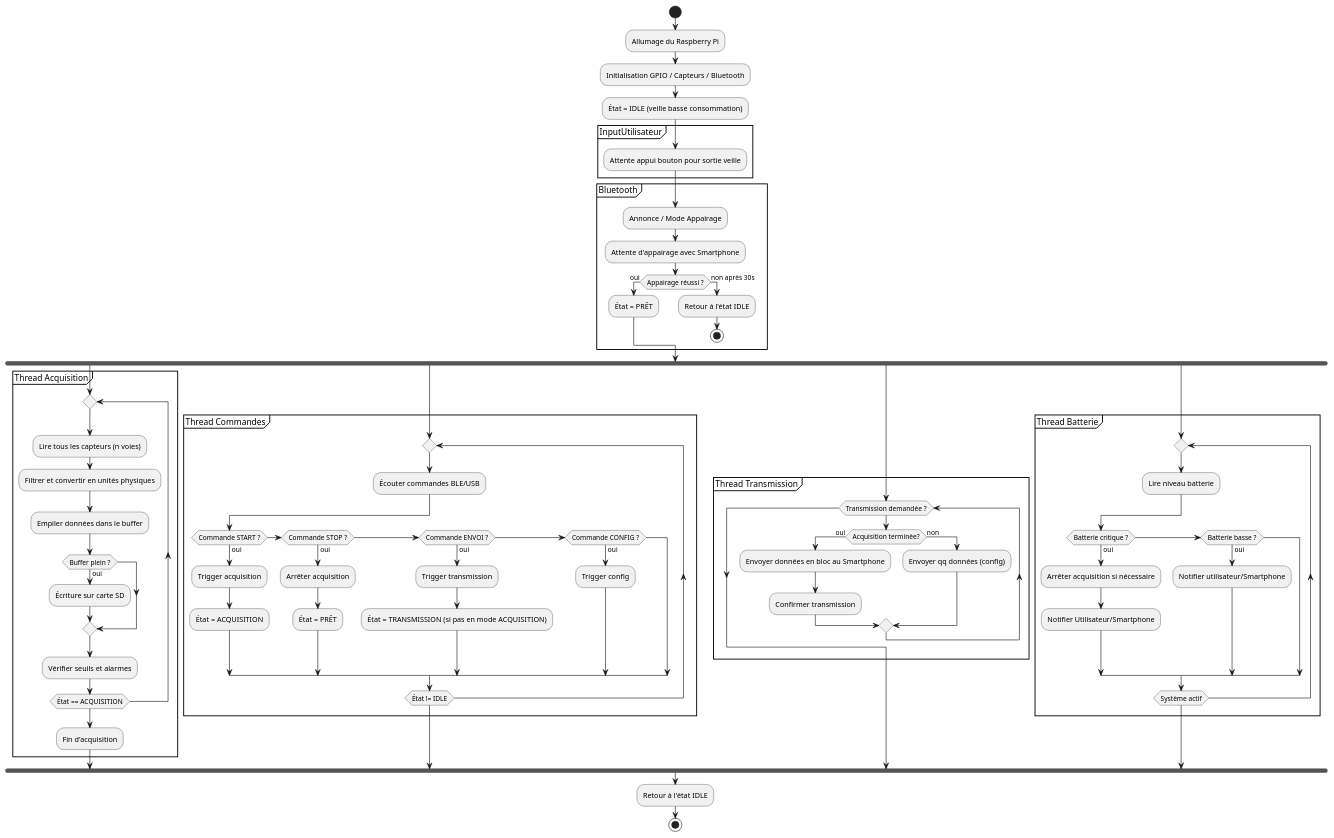
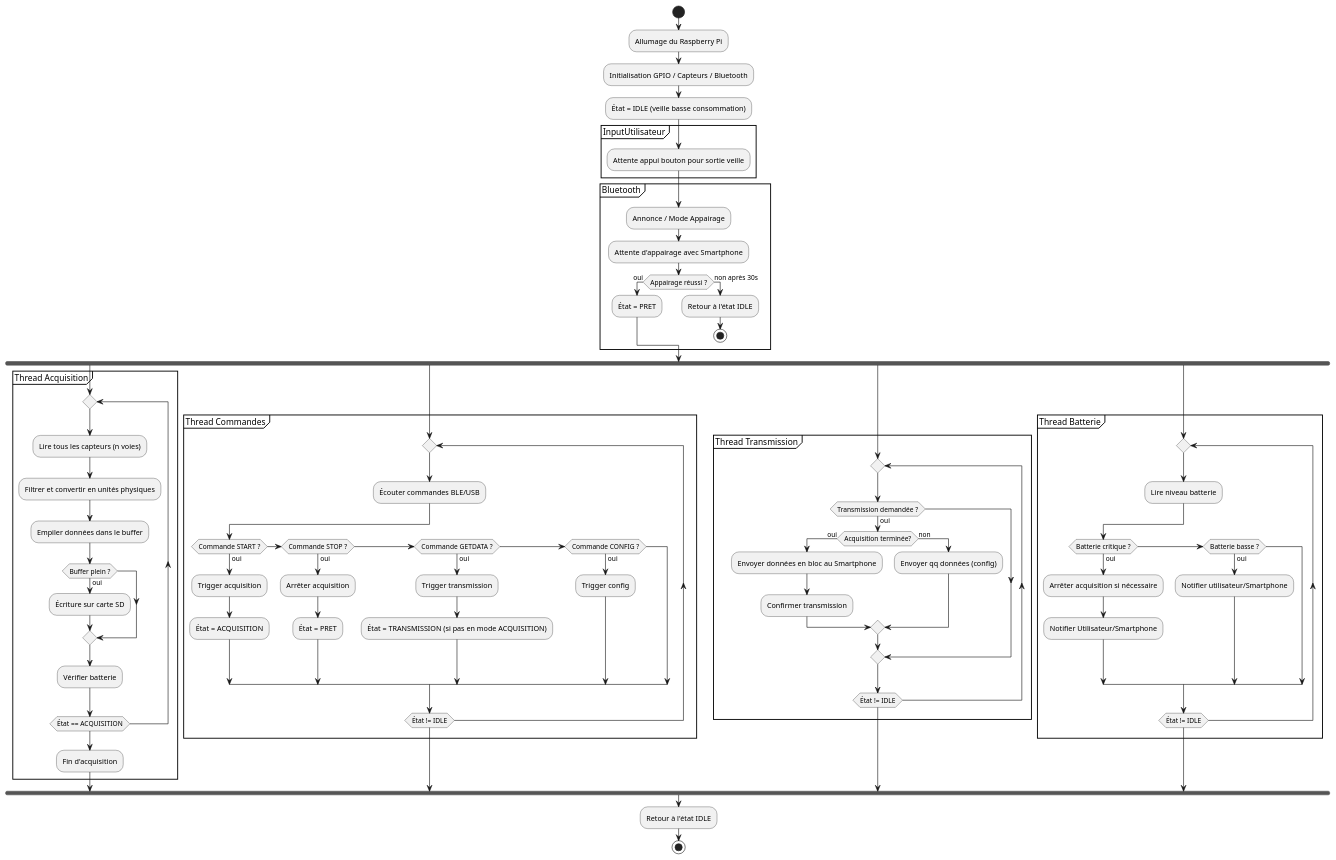
The fourth of 6 diagrams in index.md (maxpermal/maxpermal.github.io), drawn with PlantUML before and after one commit. The commit also changed other lines of this file, not shown here.

`````diff
--- a/index.md
+++ b/index.md
@@ -533,7 +254,7 @@
 ' ██╔══██║██║        ██║   ██║╚██╗ ██╔╝██║   ██║   ██╔══╝  ╚════██║
 ' ██║  ██║╚██████╗   ██║   ██║ ╚████╔╝ ██║   ██║   ███████╗███████║
 ' ╚═╝  ╚═╝ ╚═════╝   ╚═╝   ╚═╝  ╚═══╝  ╚═╝   ╚═╝   ╚══════╝╚══════╝
-                                                                 
+
 @startuml 3_Activity_diagram
 start
 :Allumage du Raspberry Pi;
@@ -541,78 +262,79 @@
 :État = IDLE (veille basse consommation);
 
 partition InputUtilisateur {
-    :Attente appui bouton pour sortie veille;
+  :Attente appui bouton pour sortie veille;
 }
 
 partition Bluetooth {
-    :Annonce / Mode Appairage;
-    :Attente d'appairage avec Smartphone;
-    if (Appairage réussi ?) then (oui)
-        :État = PRÊT;
-    else (non après 30s)
-        :Retour à l'état IDLE;
-        stop
-    endif
+  :Annonce / Mode Appairage;
+  :Attente d'appairage avec Smartphone;
+  if (Appairage réussi ?) then (oui)
+    :État = PRET;
+  else (non après 30s)
+    :Retour à l'état IDLE;
+    stop
+  endif
 }
 
 fork
   partition "Thread Acquisition" {
     repeat
-        :Lire tous les capteurs (n voies);
-        :Filtrer et convertir en unités physiques;
-        :Empiler données dans le buffer;
-        if (Buffer plein ?) then (oui)
-          :Écriture sur carte SD;
-        endif
-        :Vérifier seuils et alarmes;
+      :Lire tous les capteurs (n voies);
+      :Filtrer et convertir en unités physiques;
+      :Empiler données dans le buffer;
+      if (Buffer plein ?) then (oui)
+        :Écriture sur carte SD;
+      endif
+      :Vérifier batterie;
     repeat while (État == ACQUISITION)
     :Fin d'acquisition;
   }
 fork again
   partition "Thread Commandes" {
     repeat
-        :Écouter commandes BLE/USB;
-        if (Commande START ?) then (oui)
-            :Trigger acquisition;
-            :État = ACQUISITION;
-        elseif (Commande STOP ?) then (oui)
-            :Arrêter acquisition;
-            :État = PRÊT;
-        elseif (Commande ENVOI ?) then (oui)
-            :Trigger transmission;
-            :État = TRANSMISSION (si pas en mode ACQUISITION);
-        elseif (Commande CONFIG ?) then (oui)
-            :Trigger config;
-        endif
+      :Écouter commandes BLE/USB;
+      if (Commande START ?) then (oui)
+        :Trigger acquisition;
+        :État = ACQUISITION;
+      elseif (Commande STOP ?) then (oui)
+        :Arrêter acquisition;
+        :État = PRET;
+      elseif (Commande GETDATA ?) then (oui)
+        :Trigger transmission;
+        :État = TRANSMISSION (si pas en mode ACQUISITION);
+      elseif (Commande CONFIG ?) then (oui)
+        :Trigger config;
+      endif
     repeat while (État != IDLE)
   }
 fork again
   partition "Thread Transmission" {
-    while (Transmission demandée ?)
+    repeat
+      if (Transmission demandée ?) then (oui)
         if (Acquisition terminée?) then (oui)
-            :Envoyer données en bloc au Smartphone;
-            :Confirmer transmission;
+          :Envoyer données en bloc au Smartphone;
+          :Confirmer transmission;
         else (non)
-            :Envoyer qq données (config);
+          :Envoyer qq données (config);
         endif
-    endwhile
+      endif
+    repeat while (État != IDLE)
   }
 fork again
   partition "Thread Batterie" {
     repeat
-        :Lire niveau batterie;
-        if (Batterie critique ?) then (oui)
-            :Arrêter acquisition si nécessaire;
-            :Notifier Utilisateur/Smartphone;
-        elseif (Batterie basse ?) then (oui)
-            :Notifier utilisateur/Smartphone;
-        endif
-    repeat while (Système actif)
+      :Lire niveau batterie;
+      if (Batterie critique ?) then (oui)
+        :Arrêter acquisition si nécessaire;
+        :Notifier Utilisateur/Smartphone;
+      elseif (Batterie basse ?) then (oui)
+        :Notifier utilisateur/Smartphone;
+      endif
+    repeat while (État != IDLE)
   }
 end fork
 
 :Retour à l'état IDLE;
 stop
 @enduml
- 
 ````
`````
